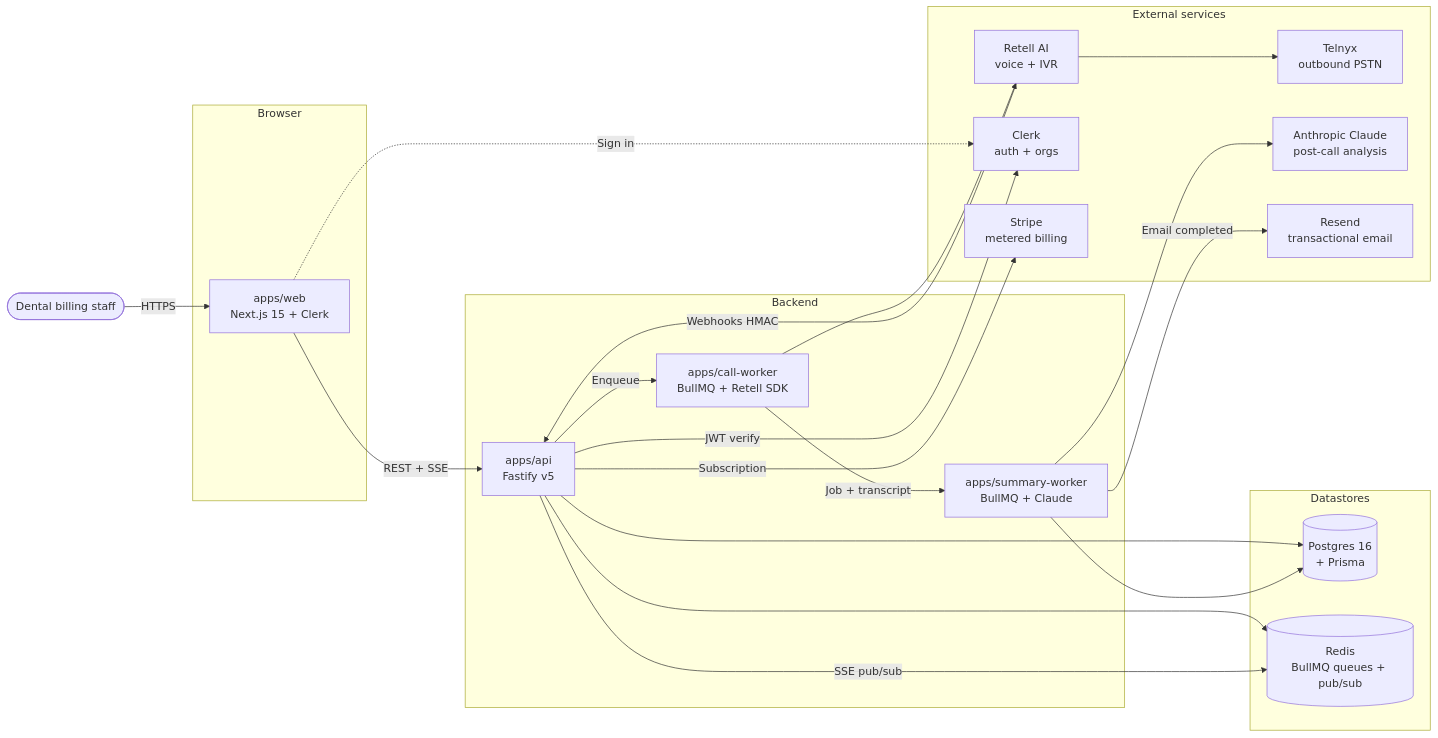
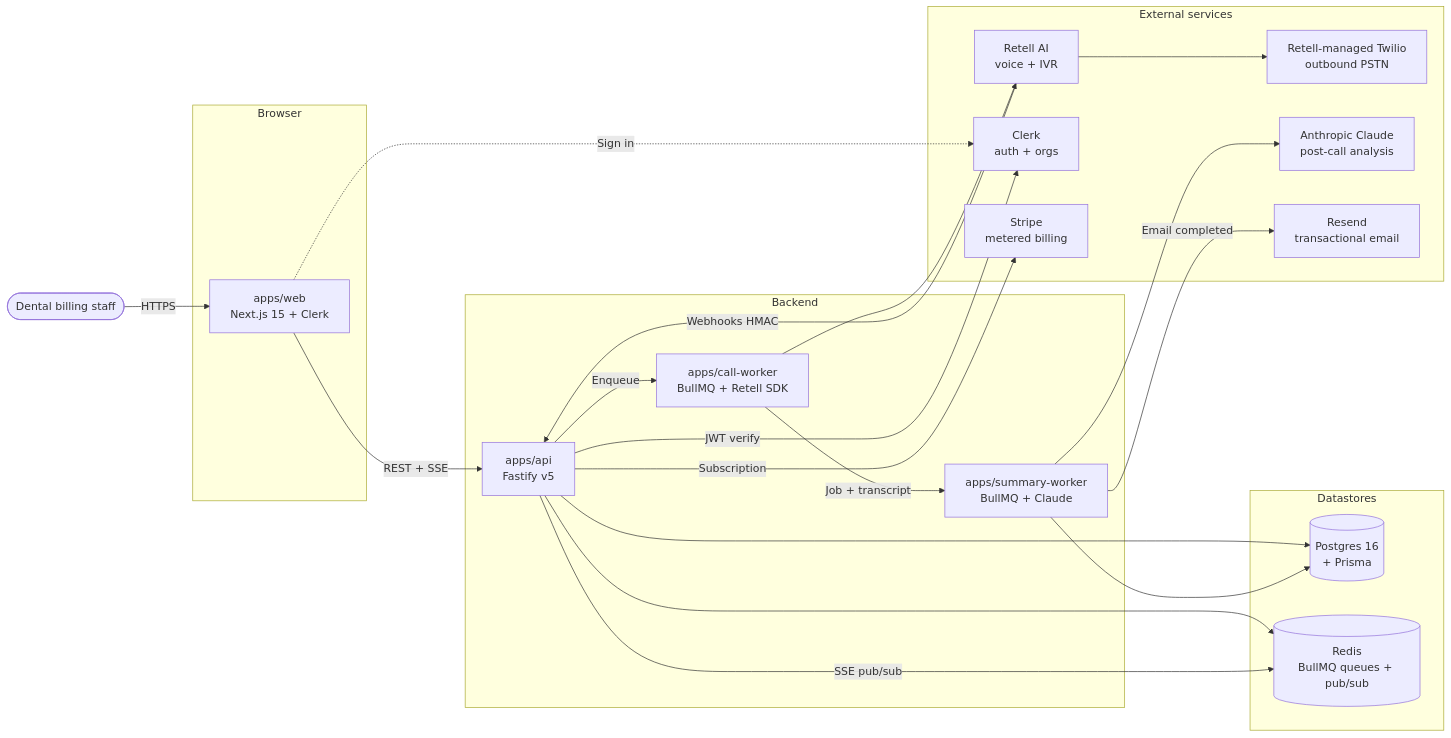
Before and after one commit to yash9657/dentabill: the first of 3 diagrams in docs/ARCHITECTURE.md, drawn with Mermaid. The commit also changed other lines of this file and 42 other files, not shown here.

````diff
--- a/docs/ARCHITECTURE.md
+++ b/docs/ARCHITECTURE.md
@@ -27,45 +32,45 @@
 ```mermaid
 flowchart LR
   user([Dental billing staff])
 
   subgraph Browser
     web[apps/web<br/>Next.js 15 + Clerk]
   end
 
   subgraph Backend
     api[apps/api<br/>Fastify v5]
     callw[apps/call-worker<br/>BullMQ + Retell SDK]
     summw[apps/summary-worker<br/>BullMQ + Claude]
   end
 
   subgraph Datastores
     pg[(Postgres 16<br/>+ Prisma)]
     redis[(Redis<br/>BullMQ queues + pub/sub)]
   end
 
   subgraph "External services"
     retell[Retell AI<br/>voice + IVR]
-    telnyx[Telnyx<br/>outbound PSTN]
+    twilio[Retell-managed Twilio<br/>outbound PSTN]
     clerk[Clerk<br/>auth + orgs]
     claude[Anthropic Claude<br/>post-call analysis]
     resend[Resend<br/>transactional email]
     stripe[Stripe<br/>metered billing]
   end
 
   user -->|HTTPS| web
   web -->|REST + SSE| api
   web -.->|Sign in| clerk
   api -->|JWT verify| clerk
   api --> pg
   api --> redis
   api -->|Enqueue| callw
   callw --> retell
-  retell --> telnyx
+  retell --> twilio
   retell -->|Webhooks HMAC| api
   callw -->|Job + transcript| summw
   summw --> claude
   summw --> pg
   summw -->|Email completed| resend
   api -->|SSE pub/sub| redis
   api -->|Subscription| stripe
 ```
````
